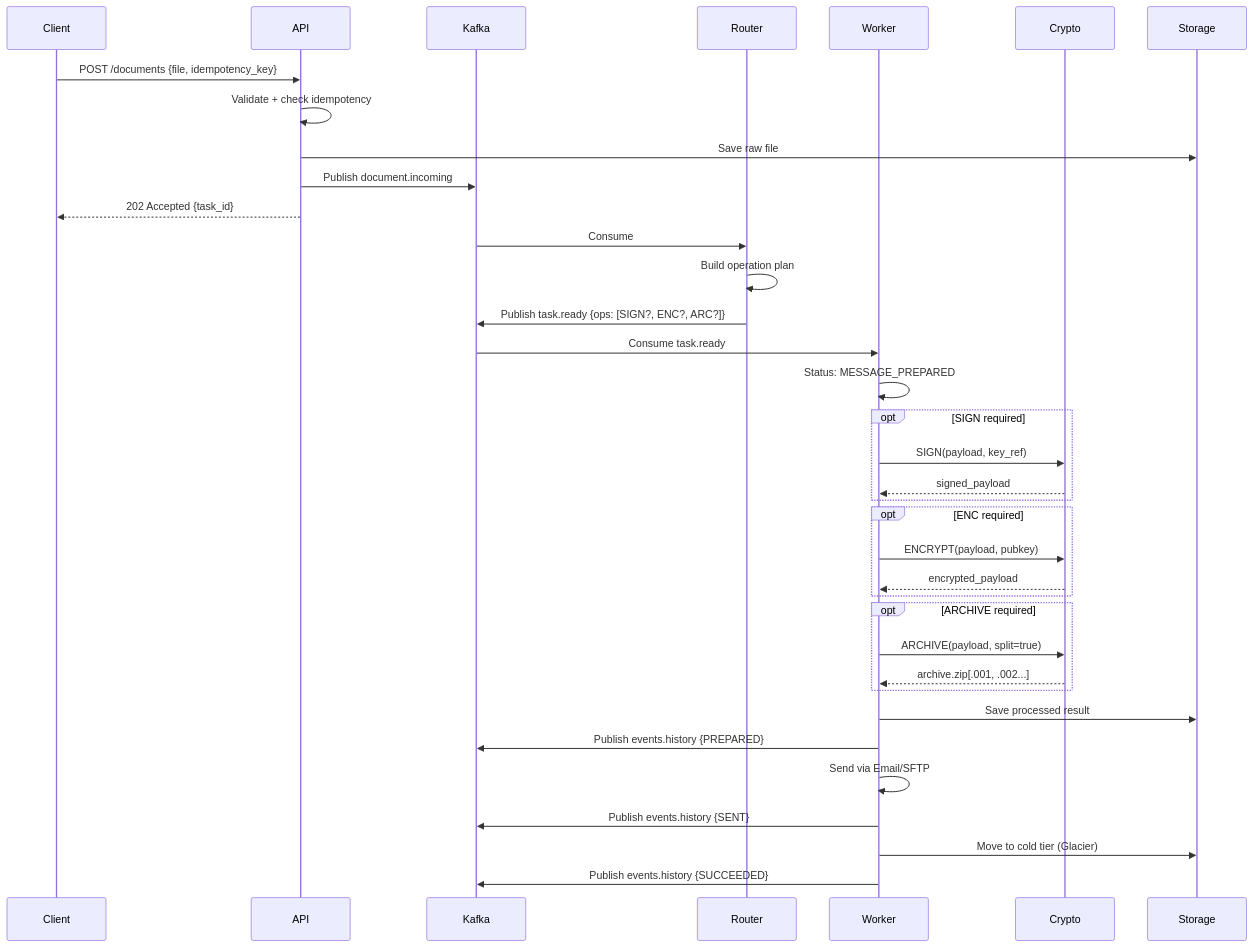
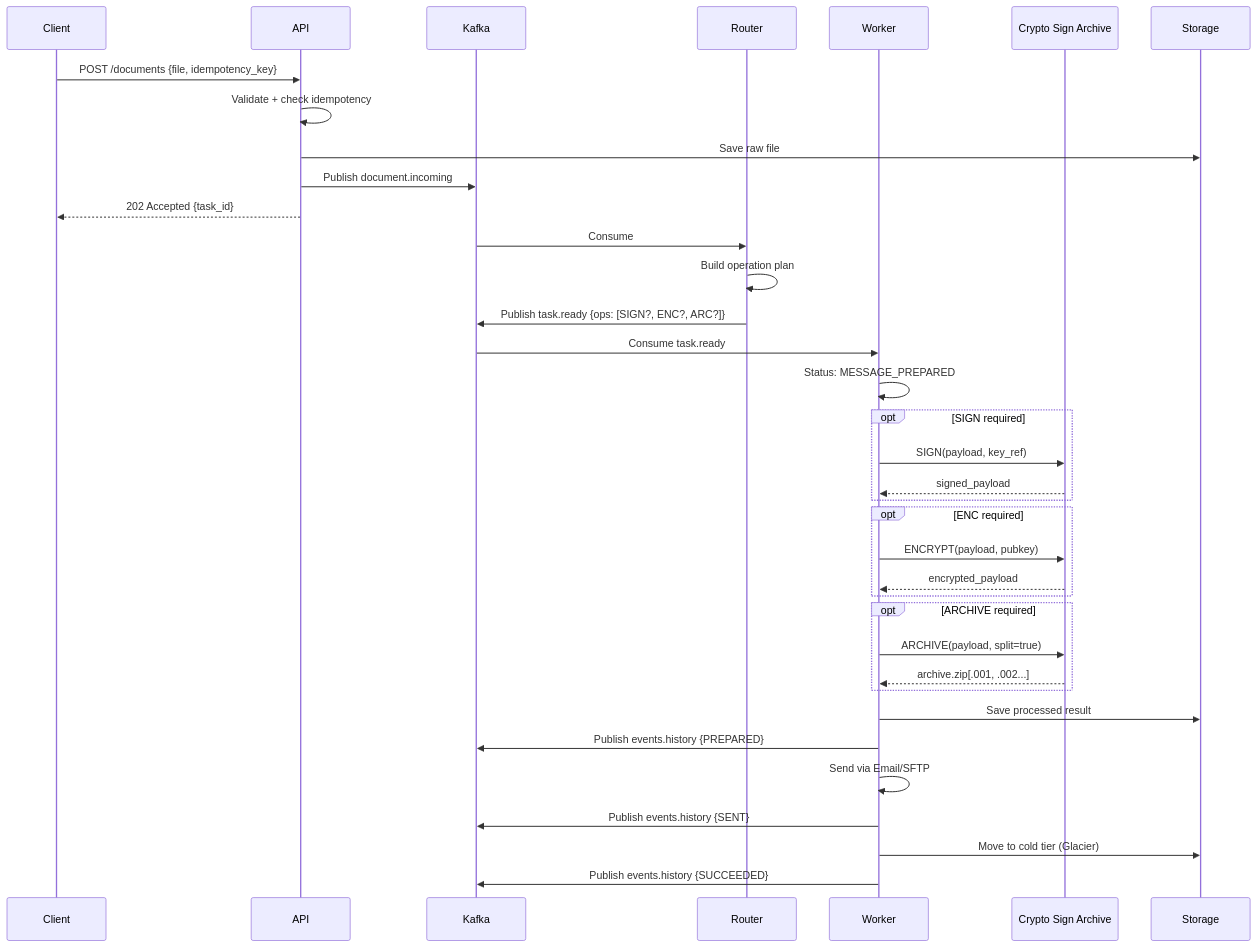
The fourth of 6 diagrams in dev-solution-documents.md (AlexanderScheqolev/DS_DDF), drawn with Mermaid before and after one commit.

````diff
--- a/dev-solution-documents.md
+++ b/dev-solution-documents.md
@@ -395,46 +395,46 @@
 ```mermaid
 sequenceDiagram
     participant Client
     participant API
     participant Kafka
     participant Router
     participant Worker
-    participant Crypto
+    participant Crypto Sign Archive
     participant Storage
 
     Client->>API: POST /documents {file, idempotency_key}
     API->>API: Validate + check idempotency
     API->>Storage: Save raw file
     API->>Kafka: Publish document.incoming
     API-->>Client: 202 Accepted {task_id}
     
     Kafka->>Router: Consume
     Router->>Router: Build operation plan
     Router->>Kafka: Publish task.ready {ops: [SIGN?, ENC?, ARC?]}
     
     Kafka->>Worker: Consume task.ready
     Worker->>Worker: Status: MESSAGE_PREPARED
     
     opt SIGN required
-        Worker->>Crypto: SIGN(payload, key_ref)
-        Crypto-->>Worker: signed_payload
+        Worker->>Crypto Sign Archive: SIGN(payload, key_ref)
+        Crypto Sign Archive-->>Worker: signed_payload
     end
     
     opt ENC required
-        Worker->>Crypto: ENCRYPT(payload, pubkey)
-        Crypto-->>Worker: encrypted_payload
+        Worker->>Crypto Sign Archive: ENCRYPT(payload, pubkey)
+        Crypto Sign Archive-->>Worker: encrypted_payload
     end
     
     opt ARCHIVE required
-        Worker->>Crypto: ARCHIVE(payload, split=true)
-        Crypto-->>Worker: archive.zip[.001, .002...]
+        Worker->>Crypto Sign Archive: ARCHIVE(payload, split=true)
+        Crypto Sign Archive-->>Worker: archive.zip[.001, .002...]
     end
     
     Worker->>Storage: Save processed result
     Worker->>Kafka: Publish events.history {PREPARED}
     
     Worker->>Worker: Send via Email/SFTP
     Worker->>Kafka: Publish events.history {SENT}
     Worker->>Storage: Move to cold tier (Glacier)
     Worker->>Kafka: Publish events.history {SUCCEEDED}
 ```
````
